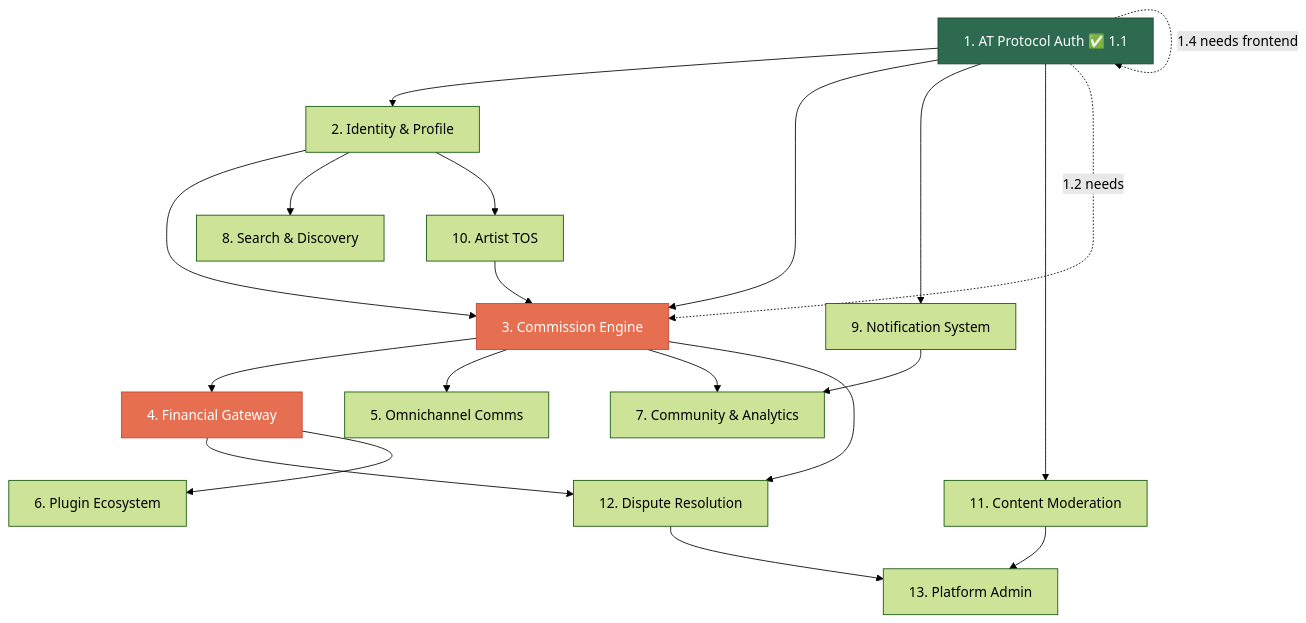
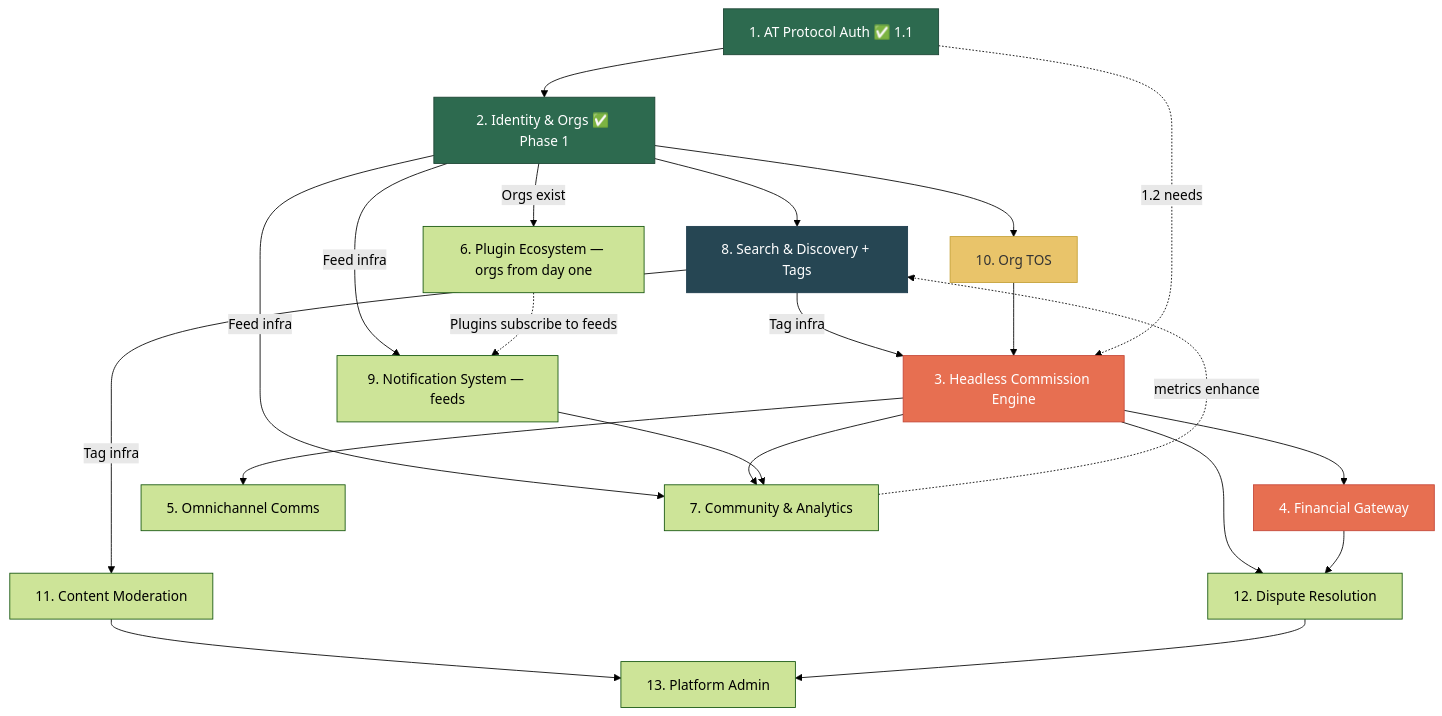
Before and after one commit to ProgrammingCheetah/ZurFur: the diagram in design/features/OVERVIEW.md, drawn with Mermaid (forest theme). The commit also changed other lines of this file and 13 other files, not shown here.

First line of the commit message:
docs: revise design document and all feature specs for v2 architecture

````diff
--- a/design/features/OVERVIEW.md
+++ b/design/features/OVERVIEW.md
@@ -25,48 +39,61 @@
 ```mermaid
 graph TD
     F1[1. AT Protocol Auth ✅ 1.1]
-    F2[2. Identity & Profile]
-    F3[3. Commission Engine]
+    F2[2. Identity & Orgs ✅ Phase 1]
+    F3[3. Headless Commission Engine]
     F4[4. Financial Gateway]
     F5[5. Omnichannel Comms]
-    F6[6. Plugin Ecosystem]
+    F6[6. Plugin Ecosystem — orgs from day one]
     F7[7. Community & Analytics]
-    F8[8. Search & Discovery]
-    F9[9. Notification System]
-    F10[10. Artist TOS]
+    F8[8. Search & Discovery + Tags]
+    F9[9. Notification System — feeds]
+    F10[10. Org TOS]
     F11[11. Content Moderation]
     F12[12. Dispute Resolution]
     F13[13. Platform Admin]
 
+    %% Foundation
     F1 --> F2
-    F1 --> F3
-    F1 --> F9
-    F1 --> F11
-
-    F2 --> F3
     F2 --> F8
     F2 --> F10
 
+    %% Tags + Feeds are foundational
+    F8 -->|Tag infra| F3
+    F8 -->|Tag infra| F11
+
+    %% Feed system is cross-cutting
+    F2 -->|Feed infra| F9
+    F2 -->|Feed infra| F7
+
+    %% Commission critical path
+    F10 --> F3
     F3 --> F4
     F3 --> F5
     F3 --> F7
     F3 --> F12
 
+    %% Financial enables disputes
     F4 --> F12
-    F4 --> F6
 
+    %% Notifications
     F9 --> F7
 
-    F10 --> F3
-
+    %% Moderation + Admin
     F11 --> F13
     F12 --> F13
 
+    %% Plugin orgs are just orgs
+    F2 -->|Orgs exist| F6
+    F6 -.->|Plugins subscribe to feeds| F9
+
+    %% Soft dependencies
     F1 -.->|1.2 needs| F3
-    F1 -.->|1.3 needs| F1
-    F1 -.->|1.4 needs frontend| F1
+    F7 -.->|metrics enhance| F8
 
     style F1 fill:#2d6a4f,stroke:#1b4332,color:#fff
+    style F2 fill:#2d6a4f,stroke:#1b4332,color:#fff
+    style F8 fill:#264653,stroke:#1b3a4b,color:#fff
     style F3 fill:#e76f51,stroke:#c44536,color:#fff
     style F4 fill:#e76f51,stroke:#c44536,color:#fff
+    style F10 fill:#e9c46a,stroke:#c4a035,color:#333
 ```
````
